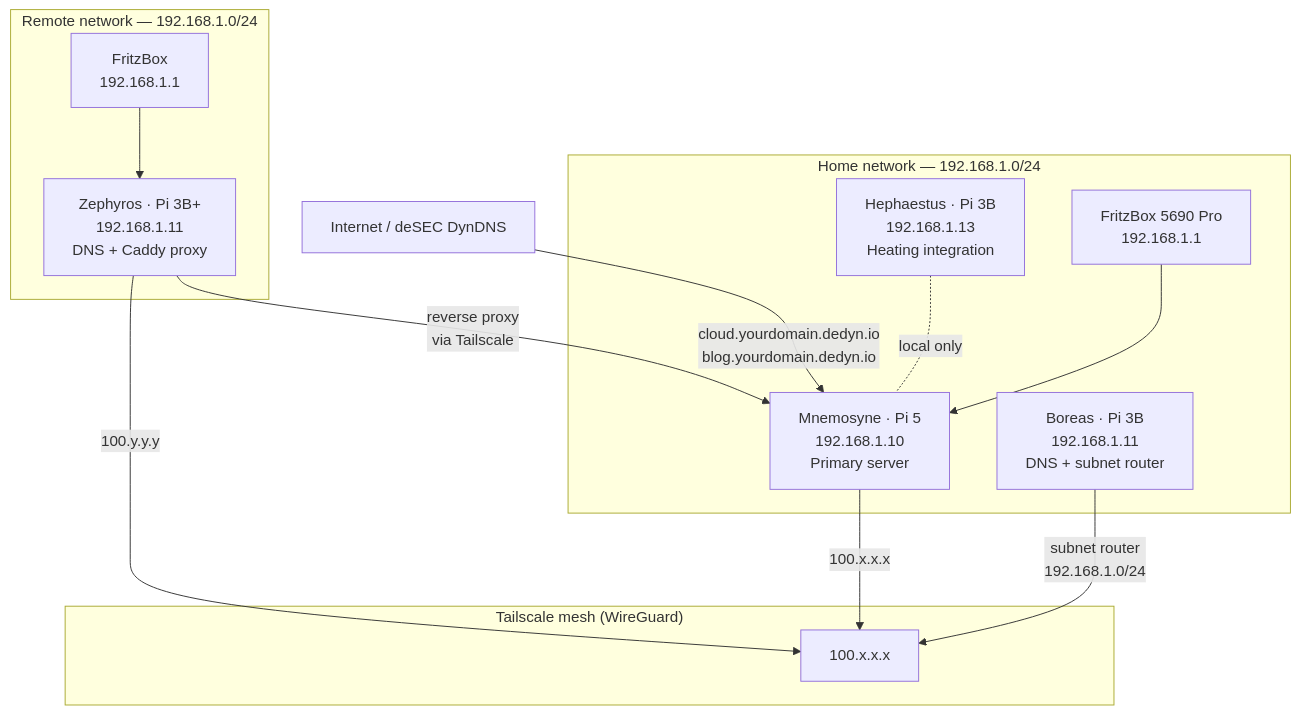
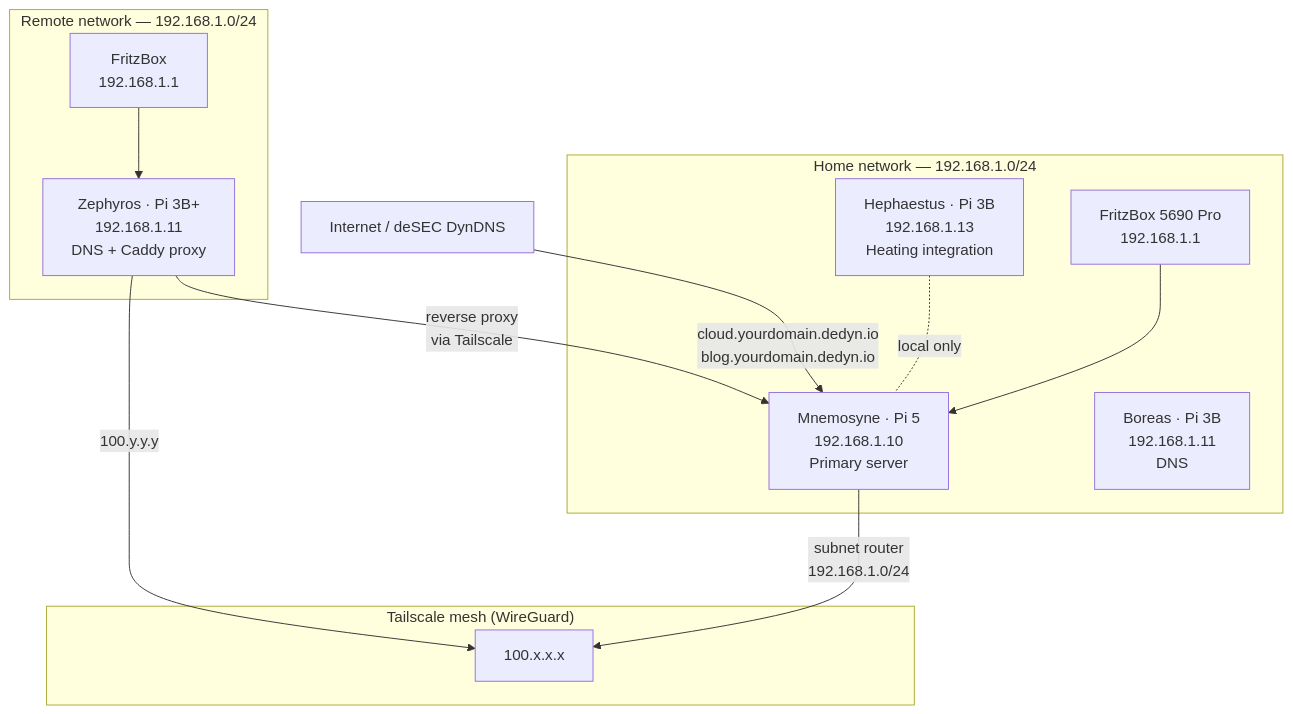
The first of 2 diagrams in ARCHITECTURE.md (Andre-A-Dev/homelab-infra), drawn with Mermaid before and after one commit. The commit also changed other lines of this file and 3 other files, not shown here.

Commit message:
feat: update architecture and documentation for monitoring stack, including Alertmanager and new services

````diff
--- a/ARCHITECTURE.md
+++ b/ARCHITECTURE.md
@@ -24,29 +24,28 @@
 ```mermaid
 graph TD
     subgraph home["Home network — 192.168.1.0/24"]
         Mnemosyne["Mnemosyne · Pi 5<br/>192.168.1.10<br/>Primary server"]
-        Boreas["Boreas · Pi 3B<br/>192.168.1.11<br/>DNS + subnet router"]
+        Boreas["Boreas · Pi 3B<br/>192.168.1.11<br/>DNS"]
         Hephaestus["Hephaestus · Pi 3B<br/>192.168.1.13<br/>Heating integration"]
         FritzHome["FritzBox 5690 Pro<br/>192.168.1.1"]
     end
 
     subgraph remote["Remote network — 192.168.1.0/24"]
         Zephyros["Zephyros · Pi 3B+<br/>192.168.1.11<br/>DNS + Caddy proxy"]
         FritzRemote["FritzBox<br/>192.168.1.1"]
     end
 
     subgraph tailscale["Tailscale mesh (WireGuard)"]
         TS["100.x.x.x"]
     end
 
     Internet["Internet / deSEC DynDNS"]
 
-    Boreas -- "subnet router\n192.168.1.0/24" --> TS
-    Mnemosyne -- "100.x.x.x" --> TS
+    Mnemosyne -- "subnet router\n192.168.1.0/24" --> TS
     Zephyros -- "100.y.y.y" --> TS
     Hephaestus -. "local only" .- Mnemosyne
     FritzHome --> Mnemosyne
     FritzRemote --> Zephyros
     Zephyros -- "reverse proxy\nvia Tailscale" --> Mnemosyne
     Internet -- "cloud.yourdomain.dedyn.io\nblog.yourdomain.dedyn.io" --> Mnemosyne
 ```
````
